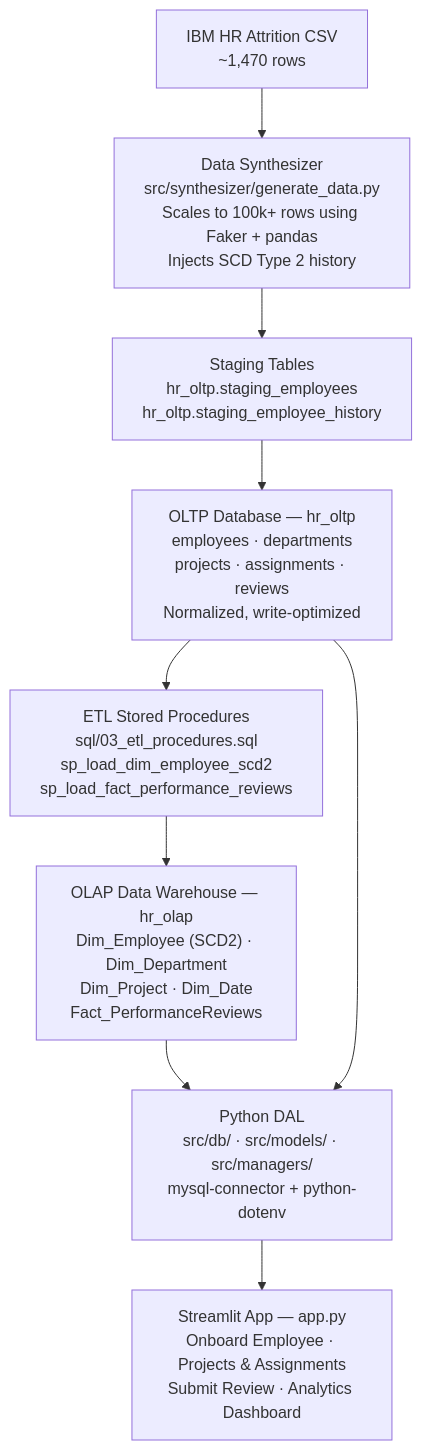
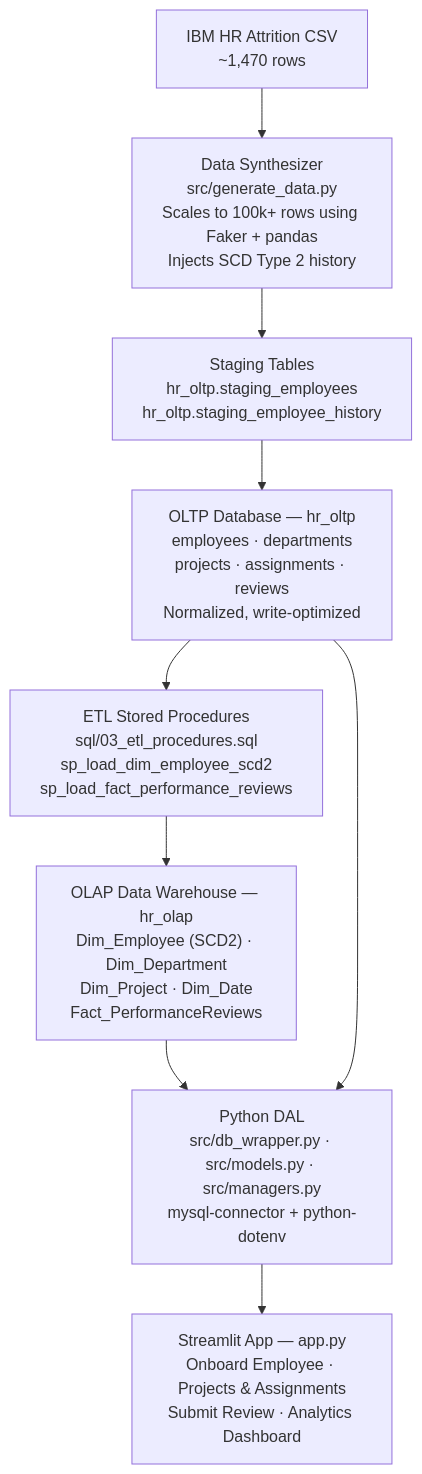
Before and after one commit to ashut0shj/HR-Lytics: the diagram in diagrams/01_system_architecture.md, drawn with Mermaid. The commit also changed 8 other files, not shown here.

````diff
--- a/diagrams/01_system_architecture.md
+++ b/diagrams/01_system_architecture.md
@@ -5,20 +5,22 @@
 ```mermaid
 flowchart TD
     A["IBM HR Attrition CSV\n~1,470 rows"]
     B["Data Synthesizer\nsrc/synthesizer/generate_data.py\nScales to 100k+ rows using Faker + pandas\nInjects SCD Type 2 history"]
+    B["Data Synthesizer\nsrc/generate_data.py\nScales to 100k+ rows using Faker + pandas\nInjects SCD Type 2 history"]
     C["Staging Tables\nhr_oltp.staging_employees\nhr_oltp.staging_employee_history"]
     D["OLTP Database — hr_oltp\nemployees · departments\nprojects · assignments · reviews\nNormalized, write-optimized"]
     E["ETL Stored Procedures\nsql/03_etl_procedures.sql\nsp_load_dim_employee_scd2\nsp_load_fact_performance_reviews"]
     F["OLAP Data Warehouse — hr_olap\nDim_Employee (SCD2) · Dim_Department\nDim_Project · Dim_Date\nFact_PerformanceReviews"]
     G["Python DAL\nsrc/db/ · src/models/ · src/managers/\nmysql-connector + python-dotenv"]
+    G["Python DAL\nsrc/db_wrapper.py · src/models.py · src/managers.py\nmysql-connector + python-dotenv"]
     H["Streamlit App — app.py\nOnboard Employee · Projects & Assignments\nSubmit Review · Analytics Dashboard"]
 
     A --> B
     B --> C
     C --> D
     D --> E
     E --> F
     F --> G
     D --> G
     G --> H
 ```
````
